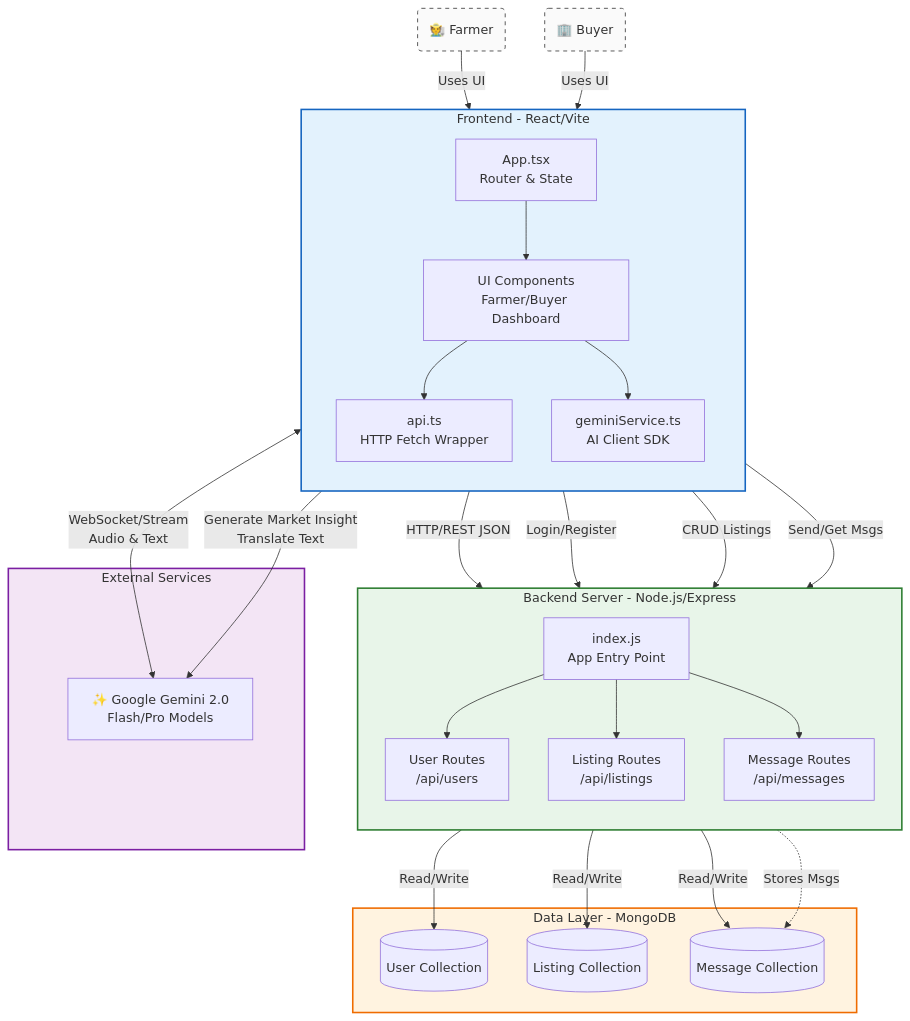
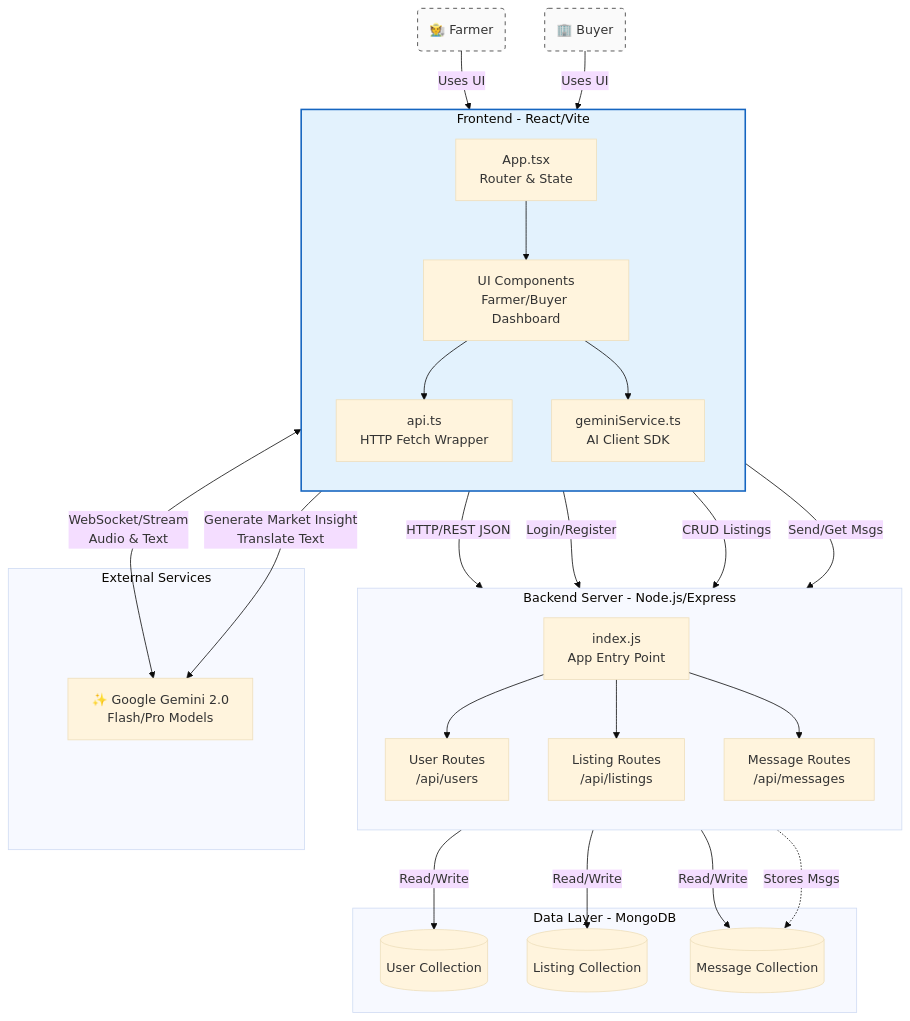
Before and after one commit to vibeANTHELIS/PROMPT-CHALLENGE: the diagram in .kiro/specs/multilingual-mandi/design.md, drawn with Mermaid.

````diff
--- a/.kiro/specs/multilingual-mandi/design.md
+++ b/.kiro/specs/multilingual-mandi/design.md
@@ -13,75 +13,55 @@
 ```mermaid
-graph TD
-    %% Styling
-    classDef client fill:#e3f2fd,stroke:#1565c0,stroke-width:2px;
-    classDef server fill:#e8f5e9,stroke:#2e7d32,stroke-width:2px;
-    classDef db fill:#fff3e0,stroke:#ef6c00,stroke-width:2px;
-    classDef external fill:#f3e5f5,stroke:#7b1fa2,stroke-width:2px;
-    classDef actor fill:#fafafa,stroke:#333,stroke-width:1px,stroke-dasharray: 5 5;
+---
+config:
+  theme: base
+  look: classic
+  layout: dagre
+---
+flowchart TB
+ subgraph Client["Frontend - React/Vite"]
+    direction TB
+        App["App.tsx<br>Router &amp; State"]
+        UI["UI Components<br>Farmer/Buyer Dashboard"]
+        API_Client["api.ts<br>HTTP Fetch Wrapper"]
+        Gemini_Service["geminiService.ts<br>AI Client SDK"]
+  end
+ subgraph Backend["Backend Server - Node.js/Express"]
+    direction TB
+        Server_Entry["index.js<br>App Entry Point"]
+        Auth_Route["User Routes<br>/api/users"]
+        Listing_Route["Listing Routes<br>/api/listings"]
+        Message_Route["Message Routes<br>/api/messages"]
+  end
+ subgraph Database["Data Layer - MongoDB"]
+        Mongo_Users[("User Collection")]
+        Mongo_Listings[("Listing Collection")]
+        Mongo_Messages[("Message Collection")]
+  end
+ subgraph External["External Services"]
+        Google_AI["✨ Google Gemini 2.0<br>Flash/Pro Models"]
+  end
+    App --> UI
+    UI --> API_Client & Gemini_Service
+    Server_Entry --> Auth_Route & Listing_Route & Message_Route
+    Farmer("🧑‍🌾 Farmer") -- Uses UI --> Client
+    Buyer("🏢 Buyer") -- Uses UI --> Client
+    API_Client -- HTTP/REST JSON --> Server_Entry
+    API_Client -- Login/Register --> Auth_Route
+    API_Client -- CRUD Listings --> Listing_Route
+    API_Client -- Send/Get Msgs --> Message_Route
+    Gemini_Service <-- WebSocket/Stream<br>Audio &amp; Text --> Google_AI
+    Gemini_Service -- Generate Market Insight<br>Translate Text --> Google_AI
+    Auth_Route -- Read/Write --> Mongo_Users
+    Listing_Route -- Read/Write --> Mongo_Listings
+    Message_Route -- Read/Write --> Mongo_Messages
+    Message_Route -. Stores Msgs .-> Mongo_Messages
 
-    %% Actors
-    Farmer(🧑‍🌾 Farmer)
-    Buyer(🏢 Buyer)
-
-    subgraph Client [Frontend - React/Vite]
-        direction TB
-        App[App.tsx<br/>Router & State]
-        UI[UI Components<br/>Farmer/Buyer Dashboard]
-        API_Client[api.ts<br/>HTTP Fetch Wrapper]
-        Gemini_Service[geminiService.ts<br/>AI Client SDK]
-        
-        App --> UI
-        UI --> API_Client
-        UI --> Gemini_Service
-    end
-
-    subgraph Backend [Backend Server - Node.js/Express]
-        direction TB
-        Server_Entry[index.js<br/>App Entry Point]
-        Auth_Route[User Routes<br/>/api/users]
-        Listing_Route[Listing Routes<br/>/api/listings]
-        Message_Route[Message Routes<br/>/api/messages]
-        
-        Server_Entry --> Auth_Route
-        Server_Entry --> Listing_Route
-        Server_Entry --> Message_Route
-    end
-
-    subgraph Database [Data Layer - MongoDB]
-        Mongo_Users[(User Collection)]
-        Mongo_Listings[(Listing Collection)]
-        Mongo_Messages[(Message Collection)]
-    end
-
-    subgraph External [External Services]
-        Google_AI[✨ Google Gemini 2.0<br/>Flash/Pro Models]
-    end
-
-    %% Interactions
-    Farmer -->|Uses UI| Client
-    Buyer -->|Uses UI| Client
-
-    %% Client to Backend
-    API_Client -->|HTTP/REST JSON| Server_Entry
-    API_Client -->|Login/Register| Auth_Route
-    API_Client -->|CRUD Listings| Listing_Route
-    API_Client -->|Send/Get Msgs| Message_Route
-
-    %% Client to AI (Direct)
-    Gemini_Service <-->|WebSocket/Stream<br/>Audio & Text| Google_AI
-    Gemini_Service -->|Generate Market Insight<br/>Translate Text| Google_AI
-
-    %% Backend to Database
-    Auth_Route -->|Read/Write| Mongo_Users
-    Listing_Route -->|Read/Write| Mongo_Listings
-    Message_Route -->|Read/Write| Mongo_Messages
-
-    %% Message Flow context
-    Message_Route -.->|Stores Msgs| Mongo_Messages
-    
-    class Client client;
-    class Backend server;
-    class Database db;
-    class External external;
-    class Farmer,Buyer actor;
+     Farmer:::actor
+     Client:::client
+     Buyer:::actor
+    classDef client fill:#e3f2fd,stroke:#1565c0,stroke-width:2px
+    classDef server fill:#e8f5e9,stroke:#2e7d32,stroke-width:2px
+    classDef db fill:#fff3e0,stroke:#ef6c00,stroke-width:2px
+    classDef external fill:#f3e5f5,stroke:#7b1fa2,stroke-width:2px
+    classDef actor fill:#fafafa,stroke:#333,stroke-width:1px,stroke-dasharray: 5 5
 ```
````
